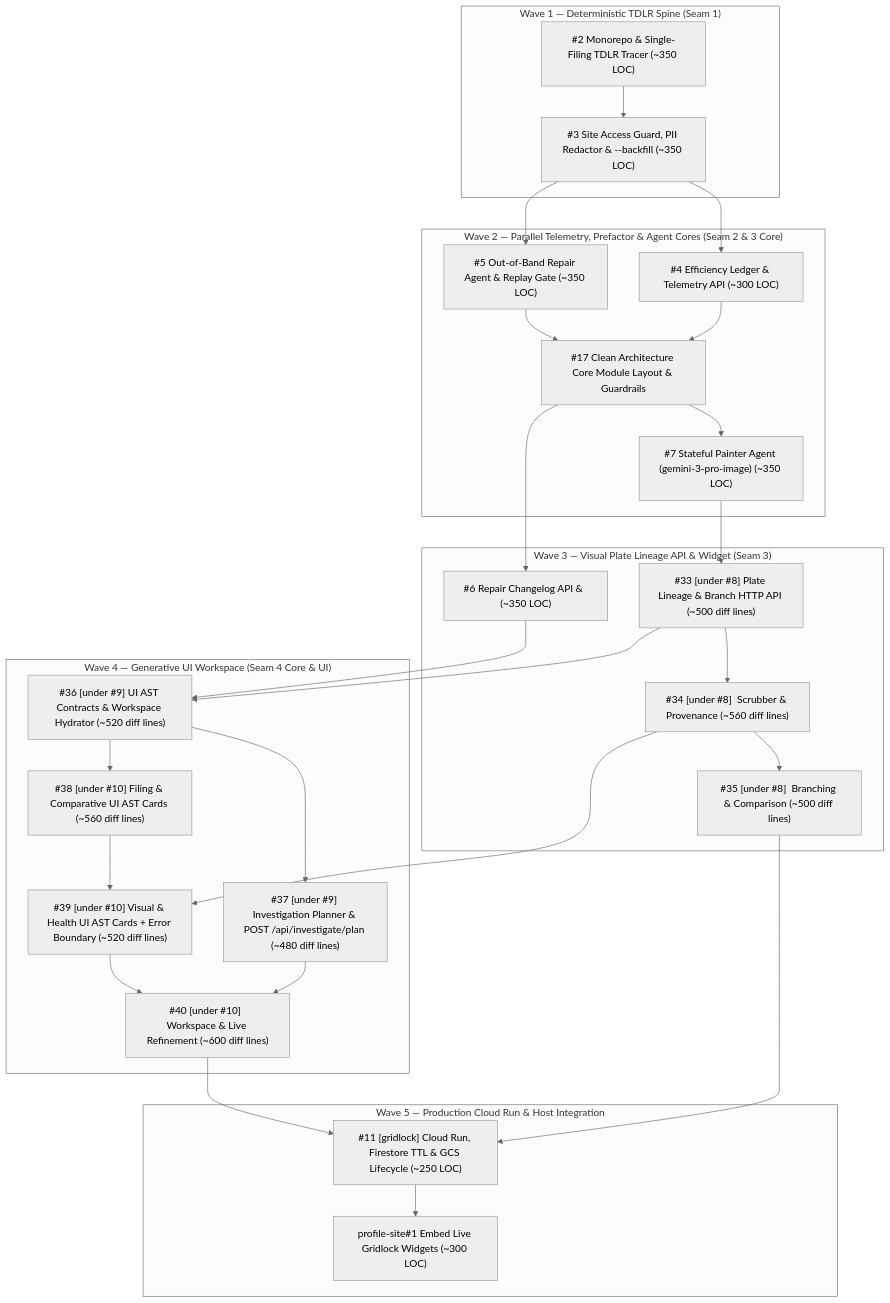
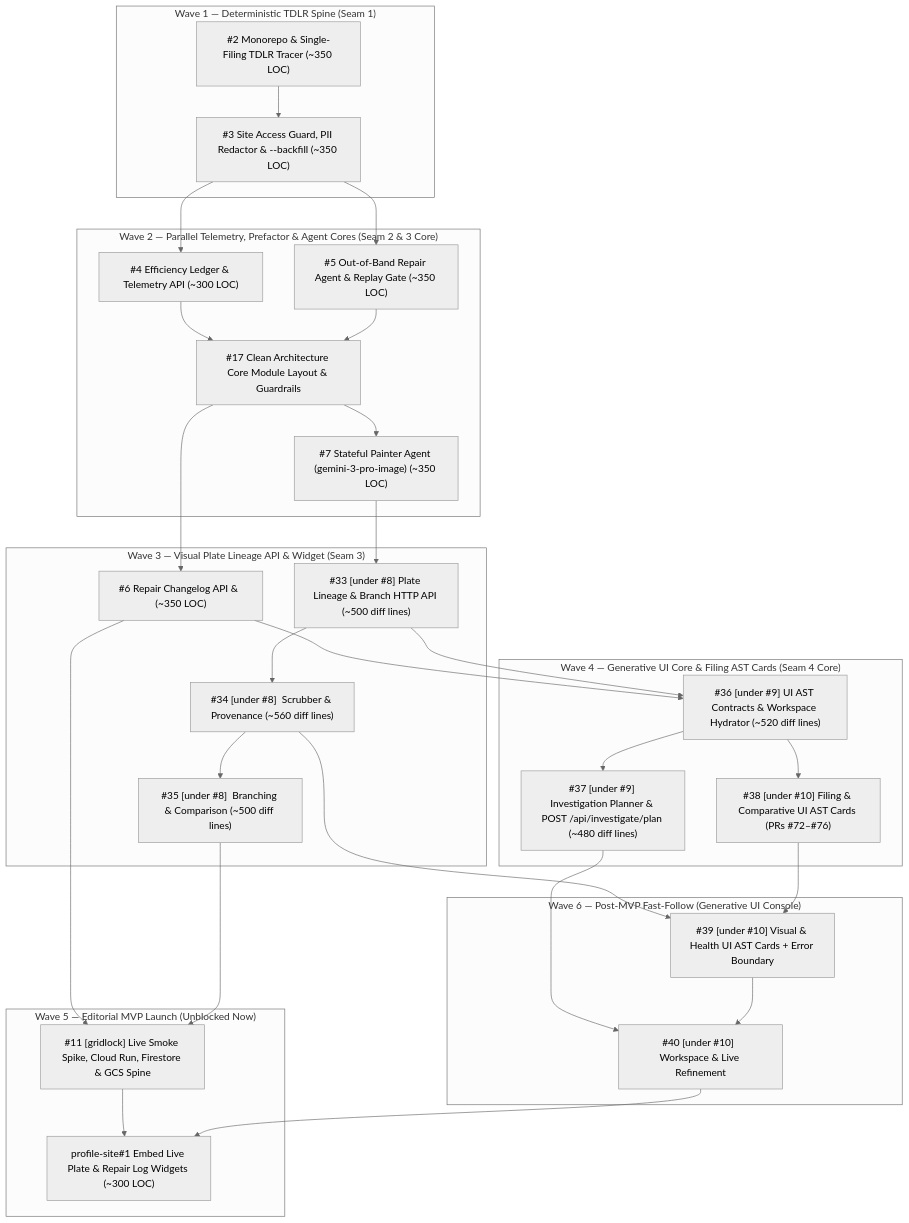
One commit to samasastudio/gridlock changed the diagram in ROADMAP.md. Above: the diagram before and after it, drawn with Mermaid (neutral theme). The commit also changed other lines of this file and 1 other file, not shown here.

Commit message:
docs(roadmap): refocus MVP cut line on editorial pipeline and unblock #11

````diff
--- a/ROADMAP.md
+++ b/ROADMAP.md
@@ -27,38 +41,42 @@
 ```mermaid
 flowchart TD
   subgraph Wave1["Wave 1 — Deterministic TDLR Spine (Seam 1)"]
     T2["#2 Monorepo & Single-Filing TDLR Tracer (~350 LOC)"] --> T3["#3 Site Access Guard, PII Redactor & --backfill (~350 LOC)"]
   end
 
   subgraph Wave2["Wave 2 — Parallel Telemetry, Prefactor & Agent Cores (Seam 2 & 3 Core)"]
     T3 --> T4["#4 Efficiency Ledger & Telemetry API (~300 LOC)"]
     T3 --> T5["#5 Out-of-Band Repair Agent & Replay Gate (~350 LOC)"]
     T4 --> T17["#17 Clean Architecture Core Module Layout & Guardrails"]
     T5 --> T17
     T17 --> T7["#7 Stateful Painter Agent (gemini-3-pro-image) (~350 LOC)"]
   end
 
   subgraph Wave3["Wave 3 — Visual Plate Lineage API & Widget (Seam 3)"]
     T17 --> T6["#6 Repair Changelog API & <GridlockRepairLogWidget /> (~350 LOC)"]
     T7 --> T33["#33 [under #8] Plate Lineage & Branch HTTP API (~500 diff lines)"]
     T33 --> T34["#34 [under #8] <GridlockPlateWidget /> Scrubber & Provenance (~560 diff lines)"]
     T34 --> T35["#35 [under #8] <GridlockPlateWidget /> Branching & Comparison (~500 diff lines)"]
   end
 
-  subgraph Wave4["Wave 4 — Generative UI Workspace (Seam 4 Core & UI)"]
+  subgraph Wave4["Wave 4 — Generative UI Core & Filing AST Cards (Seam 4 Core)"]
     T6 --> T36["#36 [under #9] UI AST Contracts & Workspace Hydrator (~520 diff lines)"]
     T33 --> T36
     T36 --> T37["#37 [under #9] Investigation Planner & POST /api/investigate/plan (~480 diff lines)"]
-    T36 --> T38["#38 [under #10] Filing & Comparative UI AST Cards (~560 diff lines)"]
-    T34 --> T39["#39 [under #10] Visual & Health UI AST Cards + Error Boundary (~520 diff lines)"]
-    T38 --> T39
-    T37 --> T40["#40 [under #10] <GridlockConsoleWidget /> Workspace & Live Refinement (~600 diff lines)"]
-    T39 --> T40
+    T36 --> T38["#38 [under #10] Filing & Comparative UI AST Cards (PRs #72–#76)"]
   end
 
-  subgraph Wave5["Wave 5 — Production Cloud Run & Host Integration"]
-    T35 --> T11["#11 [gridlock] Cloud Run, Firestore TTL & GCS Lifecycle (~250 LOC)"]
-    T40 --> T11
-    T11 --> P1["profile-site#1 Embed Live Gridlock Widgets (~300 LOC)"]
+  subgraph Wave5["Wave 5 — Editorial MVP Launch (Unblocked Now)"]
+    T6 --> T11["#11 [gridlock] Live Smoke Spike, Cloud Run, Firestore & GCS Spine"]
+    T35 --> T11
+    T11 --> P1["profile-site#1 Embed Live Plate & Repair Log Widgets (~300 LOC)"]
+  end
+
+  subgraph Wave6["Wave 6 — Post-MVP Fast-Follow (Generative UI Console)"]
+    T34 --> T39["#39 [under #10] Visual & Health UI AST Cards + Error Boundary"]
+    T38 --> T39
+    T37 --> T40["#40 [under #10] <GridlockConsoleWidget /> Workspace & Live Refinement"]
+    T39 --> T40
+    T40 --> P1
   end
 ```
````
